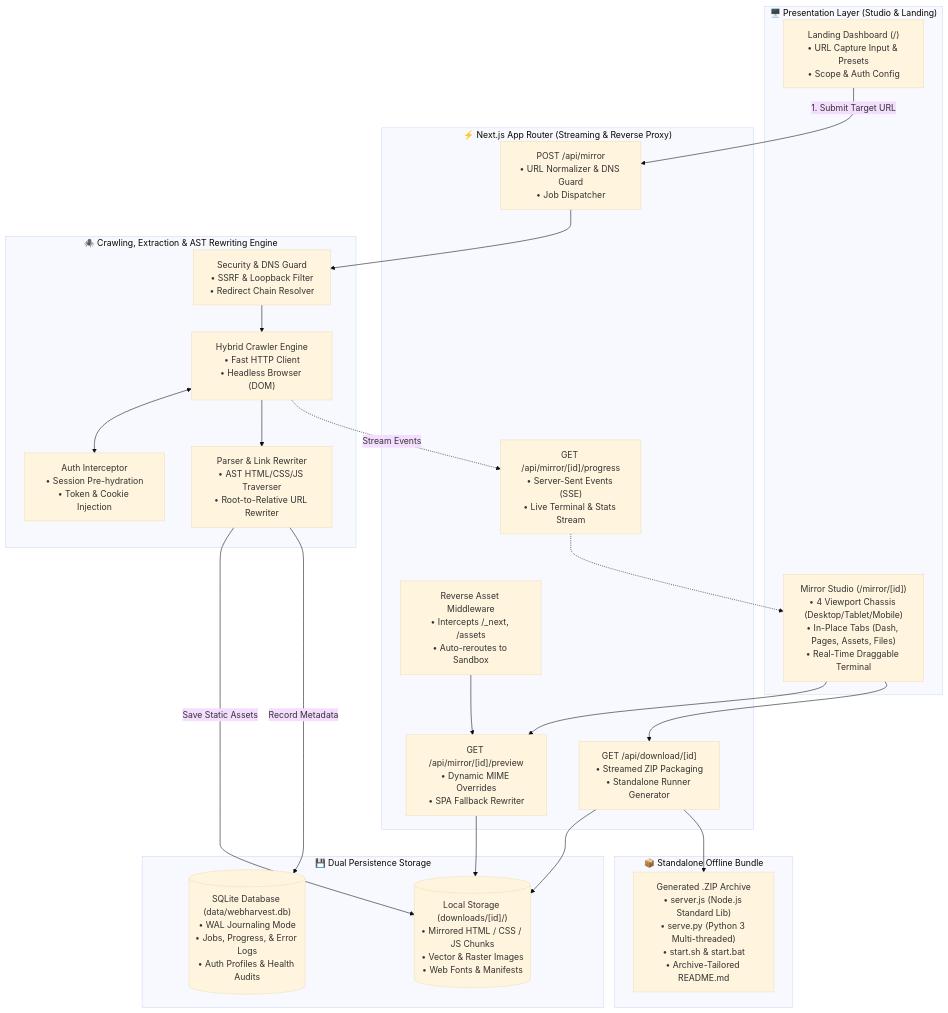
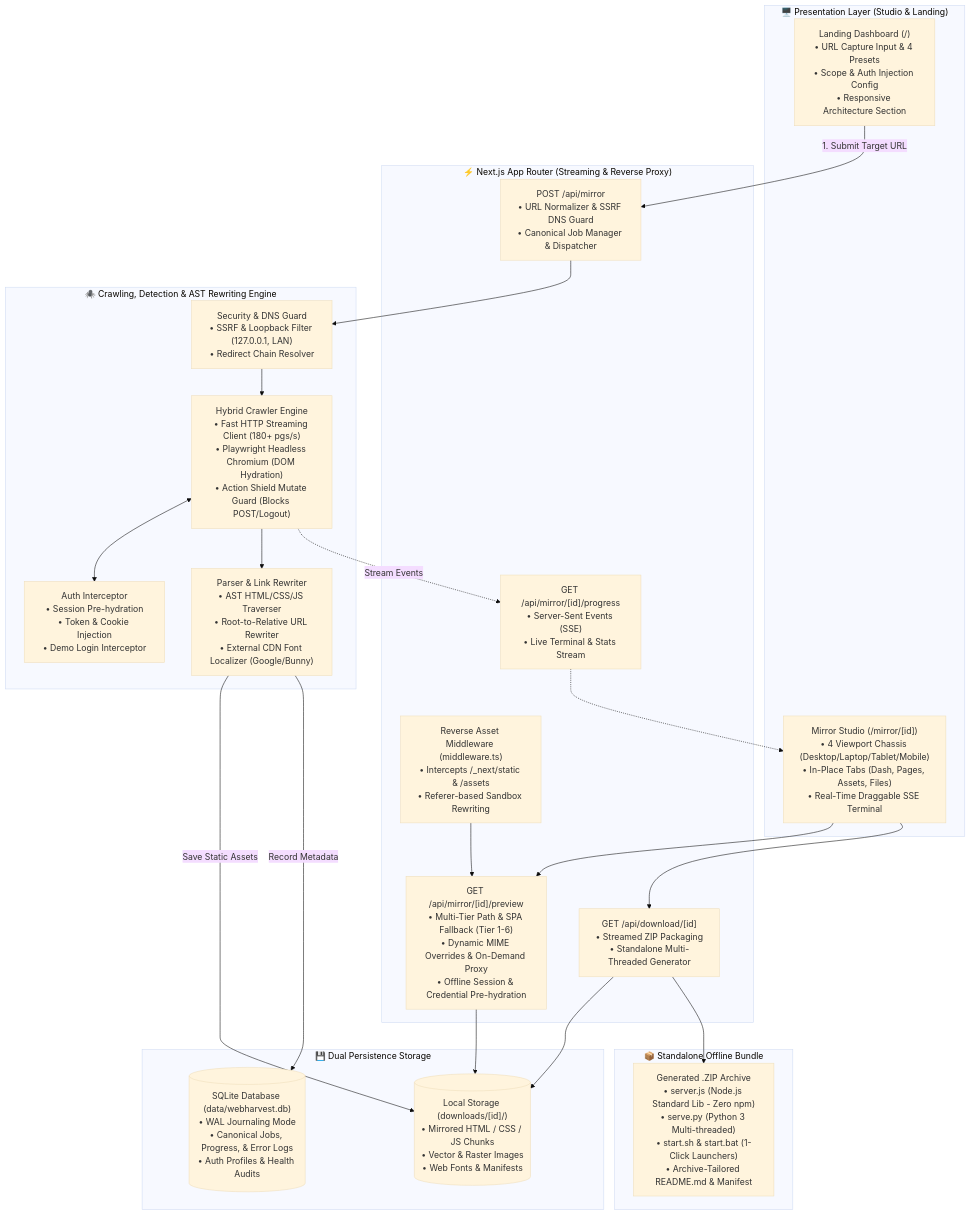
Before and after one commit to krishsoni15/WebHarvest: the diagram in README.md, drawn with Mermaid (base theme). The commit also changed other lines of this file and 68 other files, not shown here.

````diff
--- a/README.md
+++ b/README.md
@@ -94,47 +104,47 @@
 ```mermaid
 flowchart TB
     subgraph ClientLayer["🖥️ Presentation Layer (Studio & Landing)"]
-        UI["Landing Dashboard (/)\n• URL Capture Input & Presets\n• Scope & Auth Config"]
-        Studio["Mirror Studio (/mirror/[id])\n• 4 Viewport Chassis (Desktop/Tablet/Mobile)\n• In-Place Tabs (Dash, Pages, Assets, Files)\n• Real-Time Draggable Terminal"]
+        UI["Landing Dashboard (/)\n• URL Capture Input & 4 Presets\n• Scope & Auth Injection Config\n• Responsive Architecture Section"]
+        Studio["Mirror Studio (/mirror/[id])\n• 4 Viewport Chassis (Desktop/Laptop/Tablet/Mobile)\n• In-Place Tabs (Dash, Pages, Assets, Files)\n• Real-Time Draggable SSE Terminal"]
     end
 
     subgraph APILayer["⚡ Next.js App Router (Streaming & Reverse Proxy)"]
-        Dispatch["POST /api/mirror\n• URL Normalizer & DNS Guard\n• Job Dispatcher"]
+        Dispatch["POST /api/mirror\n• URL Normalizer & SSRF DNS Guard\n• Canonical Job Manager & Dispatcher"]
         SSE["GET /api/mirror/[id]/progress\n• Server-Sent Events (SSE)\n• Live Terminal & Stats Stream"]
-        Sandbox["GET /api/mirror/[id]/preview\n• Dynamic MIME Overrides\n• SPA Fallback Rewriter"]
-        Middleware["Reverse Asset Middleware\n• Intercepts /_next, /assets\n• Auto-reroutes to Sandbox"]
-        Exporter["GET /api/download/[id]\n• Streamed ZIP Packaging\n• Standalone Runner Generator"]
+        Sandbox["GET /api/mirror/[id]/preview\n• Multi-Tier Path & SPA Fallback (Tier 1-6)\n• Dynamic MIME Overrides & On-Demand Proxy\n• Offline Session & Credential Pre-hydration"]
+        Middleware["Reverse Asset Middleware (middleware.ts)\n• Intercepts /_next/static & /assets\n• Referer-based Sandbox Rewriting"]
+        Exporter["GET /api/download/[id]\n• Streamed ZIP Packaging\n• Standalone Multi-Threaded Generator"]
     end
 
-    subgraph EngineLayer["🕷️ Crawling, Extraction & AST Rewriting Engine"]
-        DNS["Security & DNS Guard\n• SSRF & Loopback Filter\n• Redirect Chain Resolver"]
-        Crawler["Hybrid Crawler Engine\n• Fast HTTP Client\n• Headless Browser (DOM)"]
-        Parser["Parser & Link Rewriter\n• AST HTML/CSS/JS Traverser\n• Root-to-Relative URL Rewriter"]
-        Auth["Auth Interceptor\n• Session Pre-hydration\n• Token & Cookie Injection"]
+    subgraph EngineLayer["🕷️ Crawling, Detection & AST Rewriting Engine"]
+        DNS["Security & DNS Guard\n• SSRF & Loopback Filter (127.0.0.1, LAN)\n• Redirect Chain Resolver"]
+        Crawler["Hybrid Crawler Engine\n• Fast HTTP Streaming Client (180+ pgs/s)\n• Playwright Headless Chromium (DOM Hydration)\n• Action Shield Mutate Guard (Blocks POST/Logout)"]
+        Parser["Parser & Link Rewriter\n• AST HTML/CSS/JS Traverser\n• Root-to-Relative URL Rewriter\n• External CDN Font Localizer (Google/Bunny)"]
+        Auth["Auth Interceptor\n• Session Pre-hydration\n• Token & Cookie Injection\n• Demo Login Interceptor"]
     end
 
     subgraph StorageLayer["💾 Dual Persistence Storage"]
-        SQLite[("SQLite Database (data/webharvest.db)\n• WAL Journaling Mode\n• Jobs, Progress, & Error Logs\n• Auth Profiles & Health Audits")]
+        SQLite[("SQLite Database (data/webharvest.db)\n• WAL Journaling Mode\n• Canonical Jobs, Progress, & Error Logs\n• Auth Profiles & Health Audits")]
         FileSystem[("Local Storage (downloads/[id]/)\n• Mirrored HTML / CSS / JS Chunks\n• Vector & Raster Images\n• Web Fonts & Manifests")]
     end
 
     subgraph OfflineBundle["📦 Standalone Offline Bundle"]
-        Bundle["Generated .ZIP Archive\n• server.js (Node.js Standard Lib)\n• serve.py (Python 3 Multi-threaded)\n• start.sh & start.bat\n• Archive-Tailored README.md"]
+        Bundle["Generated .ZIP Archive\n• server.js (Node.js Standard Lib - Zero npm)\n• serve.py (Python 3 Multi-threaded)\n• start.sh & start.bat (1-Click Launchers)\n• Archive-Tailored README.md & Manifest"]
     end
 
     UI -->|1. Submit Target URL| Dispatch
     Dispatch --> DNS
     DNS --> Crawler
     Crawler <--> Auth
     Crawler --> Parser
     Parser -->|Save Static Assets| FileSystem
     Parser -->|Record Metadata| SQLite
     Crawler -.->|Stream Events| SSE
     SSE -.-> Studio
     Studio --> Sandbox
     Middleware --> Sandbox
     Sandbox --> FileSystem
     Studio --> Exporter
     Exporter --> FileSystem
     Exporter --> Bundle
 ```
````
